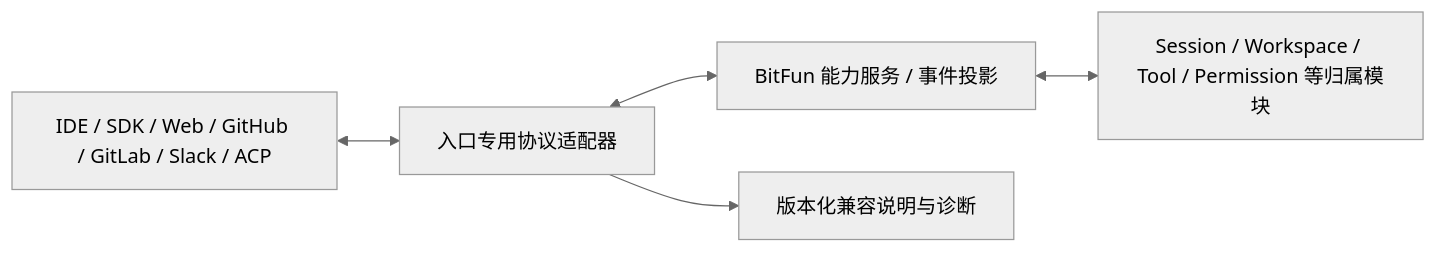
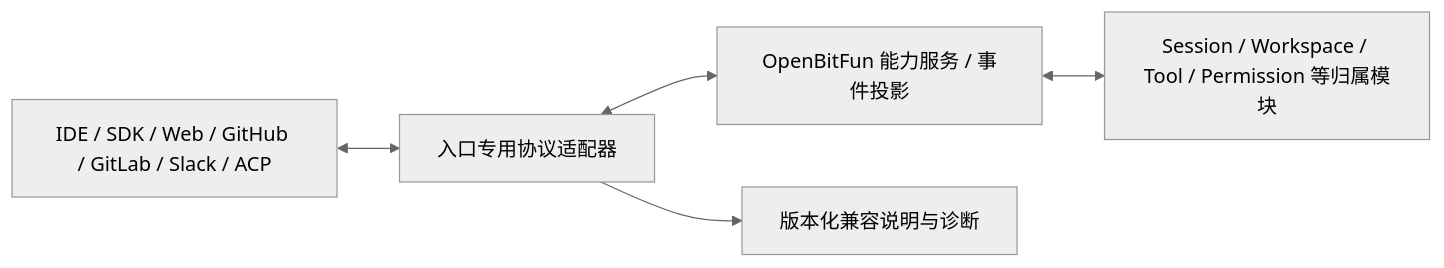
The diagram in docs/architecture/extensions/opencode-external-integration-adapter-design.md (1688mengdie/BitFun), drawn with Mermaid (neutral theme) before and after one commit. The commit also changed other lines of this file and 4651 other files, not shown here.

Commit message:
refactor!: rename BitFun to OpenBitFun (#2795)

````diff
--- a/docs/architecture/extensions/opencode-external-integration-adapter-design.md
+++ b/docs/architecture/extensions/opencode-external-integration-adapter-design.md
@@ -39,13 +39,13 @@
 ```mermaid
 flowchart LR
   Client["IDE / SDK / Web / GitHub / GitLab / Slack / ACP"]
   Protocol["入口专用协议适配器"]
-  Transport["BitFun 能力服务 / 事件投影"]
+  Transport["OpenBitFun 能力服务 / 事件投影"]
   Owners["Session / Workspace / Tool / Permission 等归属模块"]
   Compat["版本化兼容说明与诊断"]
 
   Client <--> Protocol
   Protocol <--> Transport
   Transport <--> Owners
   Protocol --> Compat
 ```
````
